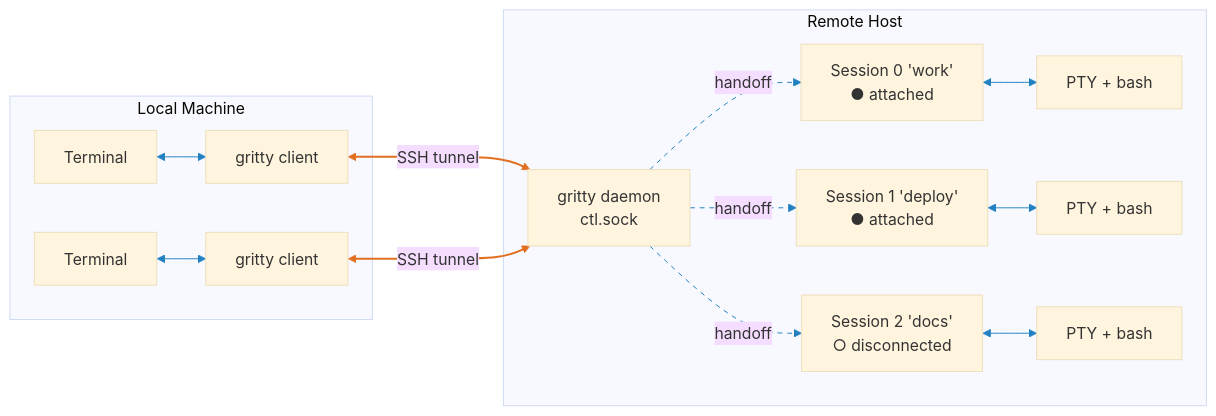
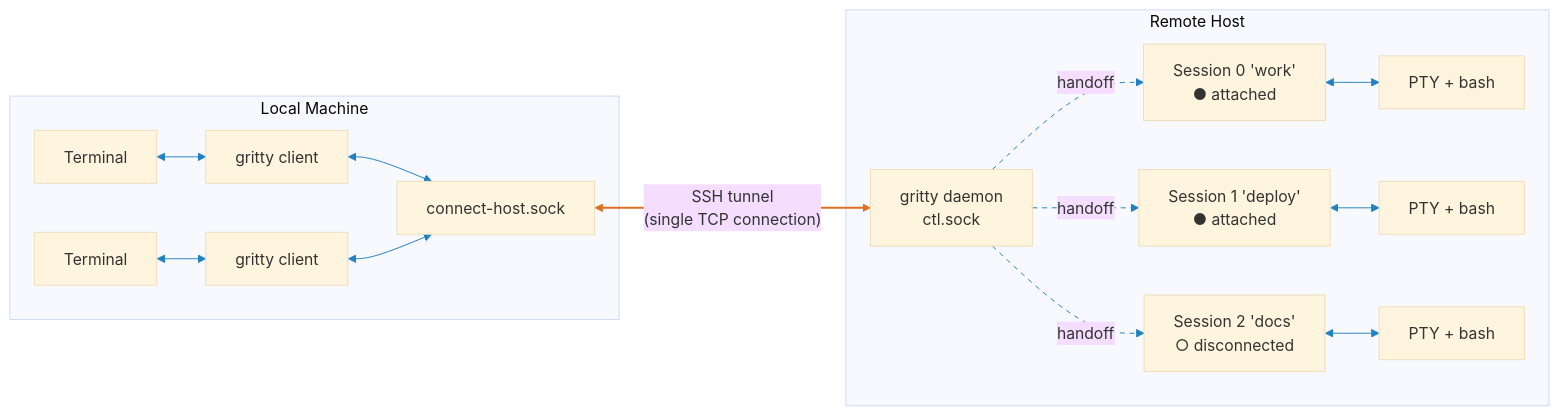
Before and after one commit to chipturner/gritty: the first of 3 diagrams in README.md, drawn with Mermaid (base theme).

Commit message:
docs: show shared SSH tunnel via connect-host.sock node
Both clients connect to the same local socket, which is forwarded
over a single TCP connection to the remote daemon.

````diff
--- a/README.md
+++ b/README.md
@@ -140,23 +140,24 @@
 ```mermaid
 flowchart LR
     subgraph local["Local Machine"]
         T1["Terminal"] <--> C1["gritty client"]
         T2["Terminal"] <--> C2["gritty client"]
+        C1 <--> LS["connect-host.sock"]
+        C2 <--> LS
     end
 
-    C1 <-->|"SSH tunnel"| D
-    C2 <-->|"SSH tunnel"| D
+    LS <-->|"SSH tunnel<br/>(single TCP connection)"| D
 
     subgraph remote["Remote Host"]
         D["gritty daemon<br/>ctl.sock"]
         D -.->|handoff| S0 & S1 & S2
         S0["Session 0 'work'<br/>● attached"] <--> P0["PTY + bash"]
         S1["Session 1 'deploy'<br/>● attached"] <--> P1["PTY + bash"]
         S2["Session 2 'docs'<br/>○ disconnected"] <--> P2["PTY + bash"]
     end
 
-    linkStyle 0,1 stroke:#2080c0
-    linkStyle 2,3 stroke:#e07020,stroke-width:2px
-    linkStyle 4,5,6 stroke:#2080c0,stroke-dasharray:5 5
-    linkStyle 7,8,9 stroke:#2080c0
+    linkStyle 0,1,2,3 stroke:#2080c0
+    linkStyle 4 stroke:#e07020,stroke-width:2px
+    linkStyle 5,6,7 stroke:#2080c0,stroke-dasharray:5 5
+    linkStyle 8,9,10 stroke:#2080c0
 ```
````
